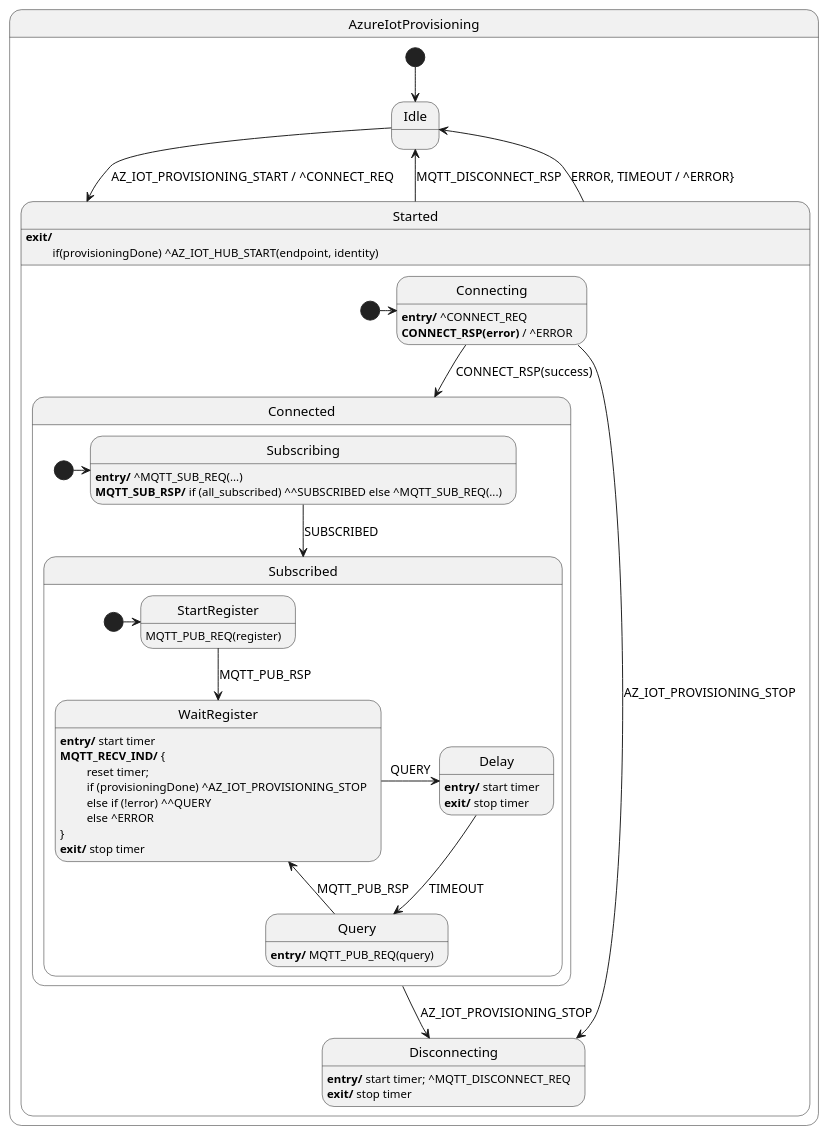
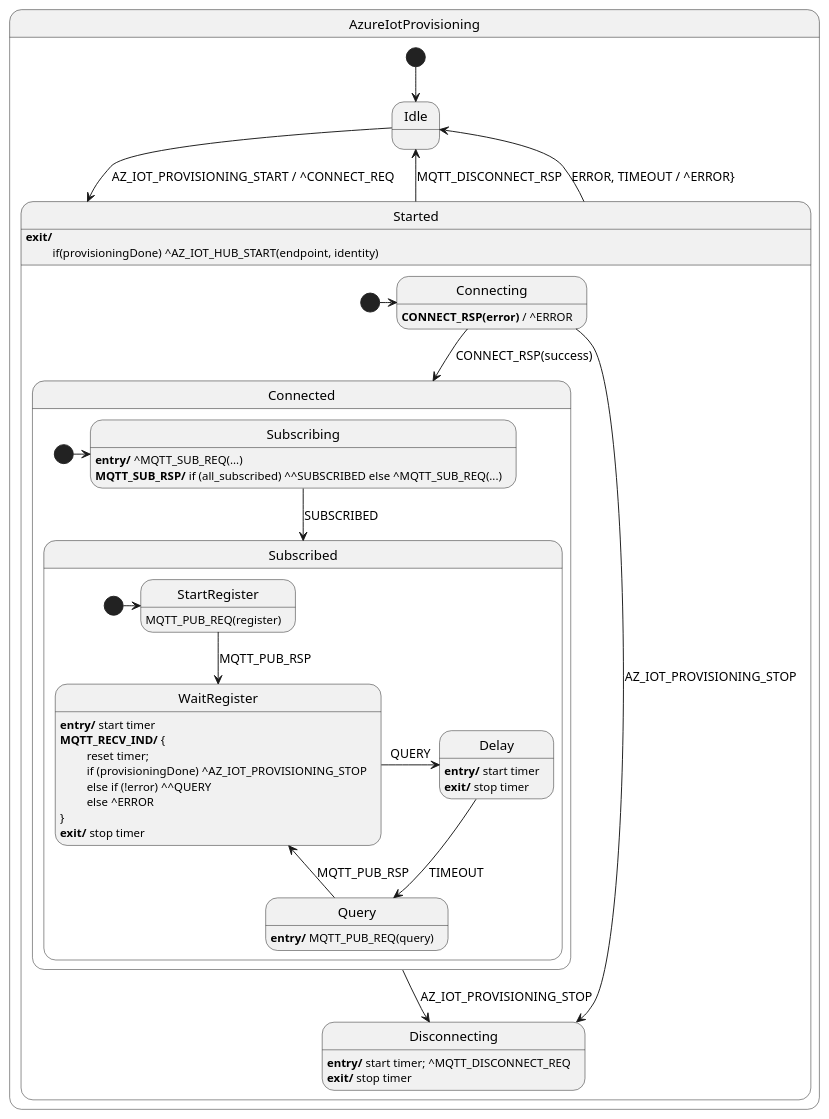
The diagram in sdk/docs/iot/resources/iot_hsm_provisioning.puml (vaavva/azure-sdk-for-c-hfsm), drawn with PlantUML before and after one commit. The commit also changed 1 other file, not shown here.

Commit message:
Adding testHSM diagram

```diff
--- a/sdk/docs/iot/resources/iot_hsm_provisioning.puml
+++ b/sdk/docs/iot/resources/iot_hsm_provisioning.puml
@@ -1,64 +1,63 @@
 @startuml
 
 state AzureIotProvisioning {
 state Idle
     state Started {
         state Connecting
-        Connecting : <b>entry/</b> ^CONNECT_REQ
         Connecting : <b>CONNECT_RSP(error)</b> / ^ERROR
 
         state Connected {
             state Subscribing
             Subscribing : <b>entry/</b> ^MQTT_SUB_REQ(...)
             Subscribing : <b>MQTT_SUB_RSP/</b> if (all_subscribed) ^^SUBSCRIBED else ^MQTT_SUB_REQ(...)
             state Subscribed {
                 state StartRegister
                 StartRegister : MQTT_PUB_REQ(register)
 
                 state WaitRegister
                 WaitRegister : <b>entry/</b> start timer
                 WaitRegister : <b>MQTT_RECV_IND/</b> {
                 WaitRegister : \t reset timer; 
                 WaitRegister : \t if (provisioningDone) ^AZ_IOT_PROVISIONING_STOP
                 WaitRegister : \t else if (!error) ^^QUERY
                 WaitRegister : \t else ^ERROR
                 WaitRegister : }
                 WaitRegister : <b>exit/</b> stop timer
 
                 state Delay
                 Delay : <b>entry/</b> start timer
                 Delay : <b>exit/</b> stop timer
 
                 state Query
                 Query : <b>entry/</b> MQTT_PUB_REQ(query)
 
                 [*] -> StartRegister
                 StartRegister --> WaitRegister : MQTT_PUB_RSP
                 WaitRegister -> Delay : QUERY
                 Delay --> Query : TIMEOUT
                 Query -> WaitRegister : MQTT_PUB_RSP
             }
 
             [*] -> Subscribing
             Subscribing --> Subscribed : SUBSCRIBED
         }
 
         state Disconnecting
         Disconnecting : <b>entry/</b> start timer; ^MQTT_DISCONNECT_REQ
         Disconnecting : <b>exit/</b> stop timer
 
         [*] -> Connecting
         Connecting --> Connected : CONNECT_RSP(success)
         Connecting --> Disconnecting : AZ_IOT_PROVISIONING_STOP
         Connected --> Disconnecting : AZ_IOT_PROVISIONING_STOP
     }
 
     Started : <b>exit/</b> 
     Started: \t if(provisioningDone) ^AZ_IOT_HUB_START(endpoint, identity)
 
     [*] --> Idle
     Idle -> Started : AZ_IOT_PROVISIONING_START / ^CONNECT_REQ
     Started --> Idle : MQTT_DISCONNECT_RSP
     Started --> Idle : ERROR, TIMEOUT / ^ERROR}
 
 @enduml
```
